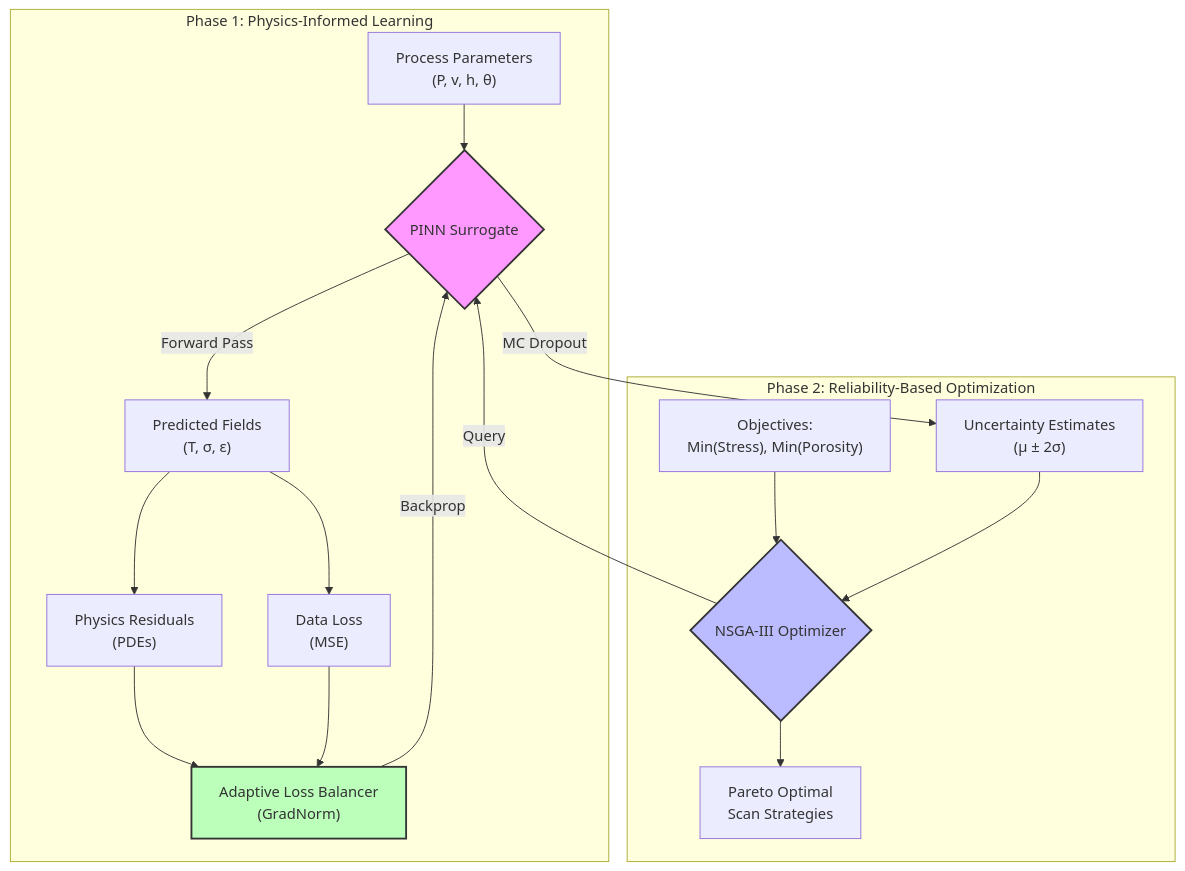
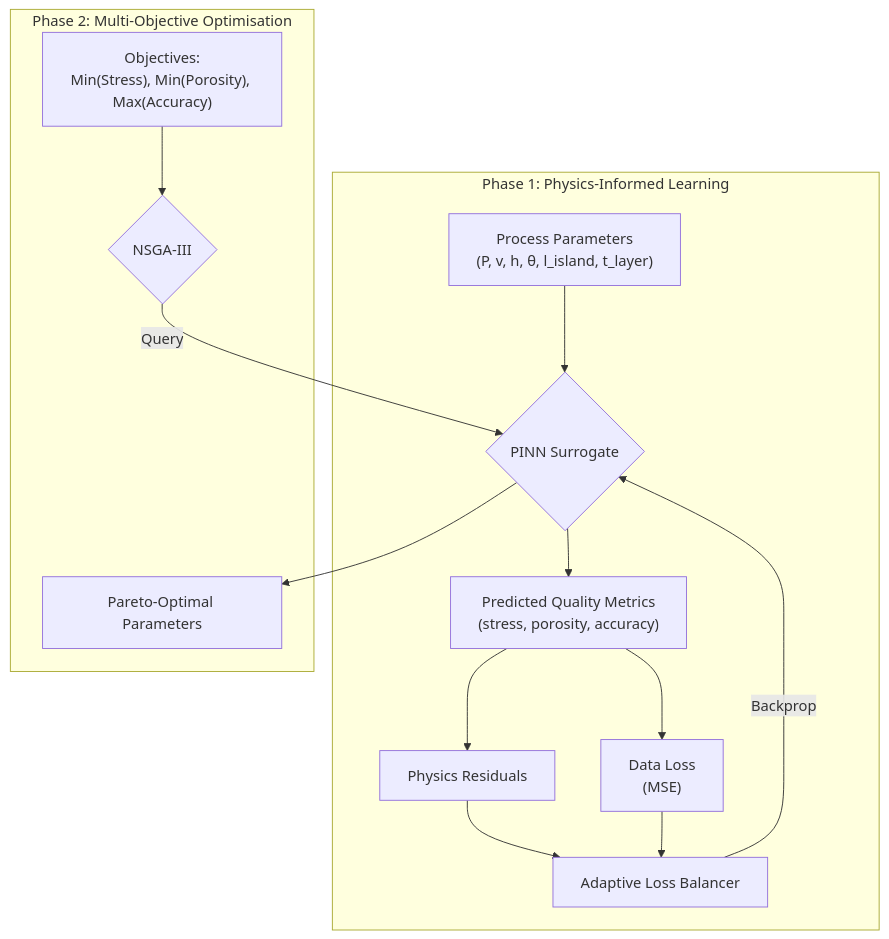
One commit to llMr-Sweetll/lpbf-optimizer changed the diagram in README.md. Above: the diagram before and after it, drawn with Mermaid. The commit also changed other lines of this file, not shown here.

Commit message:
docs: accurate README with workflow and objective directions

````diff
--- a/README.md
+++ b/README.md
@@ -30,23 +25,17 @@
 ```mermaid
 graph TD
     subgraph "Phase 1: Physics-Informed Learning"
-    A["Process Parameters<br>(P, v, h, θ)"] --> B{PINN Surrogate}
-    B -->|Forward Pass| C["Predicted Fields<br>(T, σ, ε)"]
-    C --> D["Physics Residuals<br>(PDEs)"]
+    A["Process Parameters<br>(P, v, h, θ, l_island, t_layer)"] --> B{PINN Surrogate}
+    B --> C["Predicted Quality Metrics<br>(stress, porosity, accuracy)"]
+    C --> D["Physics Residuals"]
     C --> E["Data Loss<br>(MSE)"]
-    D & E --> F["Adaptive Loss Balancer<br>(GradNorm)"]
+    D & E --> F["Adaptive Loss Balancer"]
     F -->|Backprop| B
     end
 
-    subgraph "Phase 2: Reliability-Based Optimization"
-    G["Objectives:<br>Min(Stress), Min(Porosity)"] --> H{NSGA-III Optimizer}
+    subgraph "Phase 2: Multi-Objective Optimisation"
+    G["Objectives:<br>Min(Stress), Min(Porosity), Max(Accuracy)"] --> H{NSGA-III}
     H -->|Query| B
-    B -->|MC Dropout| I["Uncertainty Estimates<br>(μ ± 2σ)"]
-    I --> H
-    H --> J["Pareto Optimal<br>Scan Strategies"]
+    B --> I["Pareto-Optimal Parameters"]
     end
-
-    style B fill:#f9f,stroke:#333,stroke-width:2px
-    style H fill:#bbf,stroke:#333,stroke-width:2px
-    style F fill:#bfb,stroke:#333,stroke-width:2px
 ```
````
